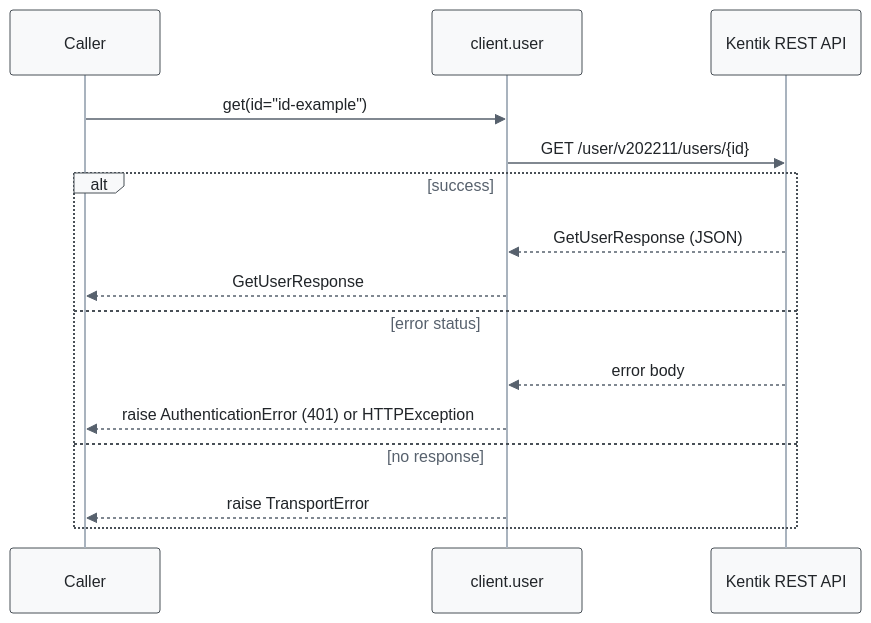
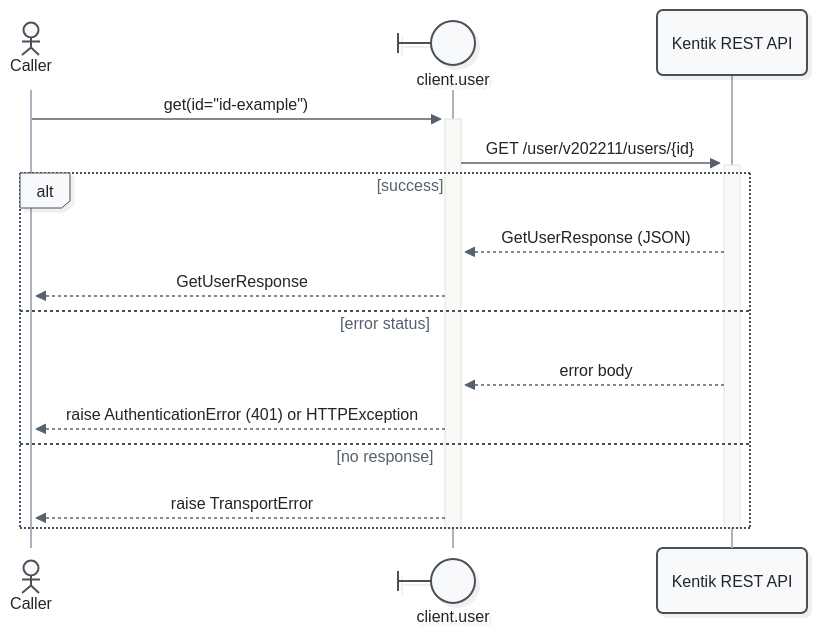
Before and after one commit to alexdearaujo/community_sdk_python: the fifth of 15 diagrams in docs/sphinx/services/user.md, drawn with Mermaid. The commit also changed other lines of this file and 52 other files, not shown here.

First line of the commit message:
docs: Mermaid 12 sequence diagrams with participant types and path colors

````diff
--- a/docs/sphinx/services/user.md
+++ b/docs/sphinx/services/user.md
@@ -182,19 +192,21 @@
 ```mermaid
-%%{init: {"theme": "base", "fontFamily": "ui-monospace, SFMono-Regular, Menlo, monospace", "themeVariables": {"fontFamily": "ui-monospace, SFMono-Regular, Menlo, monospace", "primaryColor": "#f8f9fa", "primaryBorderColor": "#495057", "primaryTextColor": "#212529", "textColor": "#212529", "lineColor": "#77818c", "edgeLabelBackground": "#ffffff", "actorBkg": "#f8f9fa", "actorBorder": "#495057", "actorTextColor": "#212529", "actorLineColor": "#a9b3be", "signalColor": "#57616d", "signalTextColor": "#212529", "labelBoxBkgColor": "#f8f9fa", "labelBoxBorderColor": "#495057", "labelTextColor": "#212529", "loopTextColor": "#57616d", "noteBkgColor": "#fff9db", "noteBorderColor": "#f08c00", "noteTextColor": "#a35a00"}, "flowchart": {"curve": "step", "nodeSpacing": 30, "rankSpacing": 70, "wrappingWidth": 400}}}%%
+%%{init: {"theme": "redux", "look": "neo", "layout": "dagre", "fontFamily": "ui-monospace, SFMono-Regular, Menlo, monospace", "themeVariables": {"fontFamily": "ui-monospace, SFMono-Regular, Menlo, monospace", "primaryColor": "#f8f9fa", "primaryBorderColor": "#495057", "primaryTextColor": "#212529", "textColor": "#212529", "lineColor": "#77818c", "edgeLabelBackground": "#ffffff", "actorBkg": "#f8f9fa", "actorBorder": "#495057", "actorTextColor": "#212529", "actorLineColor": "#a9b3be", "signalColor": "#57616d", "signalTextColor": "#212529", "labelBoxBkgColor": "#f8f9fa", "labelBoxBorderColor": "#495057", "labelTextColor": "#212529", "loopTextColor": "#57616d", "noteBkgColor": "#fff9db", "noteBorderColor": "#f08c00", "noteTextColor": "#a35a00"}, "sequence": {"activationWidth": 16}, "flowchart": {"curve": "step", "nodeSpacing": 30, "rankSpacing": 70, "wrappingWidth": 400}}}%%
 sequenceDiagram
-    participant C as Caller
-    participant W as client.user
+    actor C as Caller
+    participant W@{ "type": "boundary" } as client.user
     participant API as Kentik REST API
 
-    C->>W: get(id="id-example")
-    W->>API: GET /user/v202211/users/{id}
+    C->>+W: get(id="id-example")
+    W->>+API: GET /user/v202211/users/{id}
     alt success
         API-->>W: GetUserResponse (JSON)
         W-->>C: GetUserResponse
     else error status
         API-->>W: error body
         W-->>C: raise AuthenticationError (401) or HTTPException
     else no response
         W-->>C: raise TransportError
     end
+    deactivate API
+    deactivate W
 ```
````
